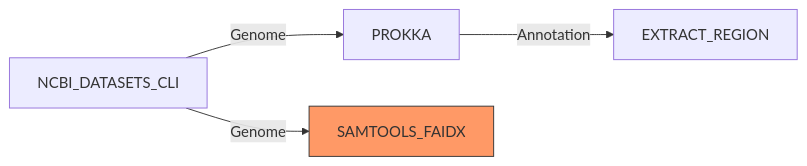
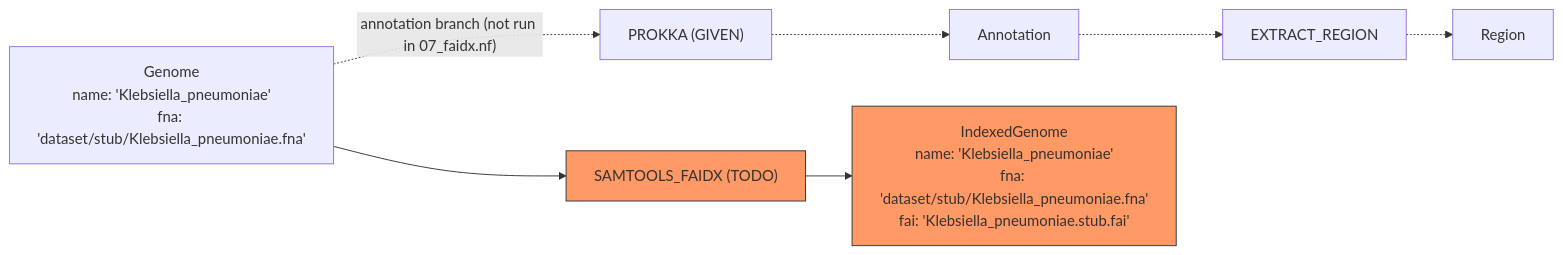
One commit to bu-cds-bf528/lab03-template changed the seventh of 11 diagrams in part2/README.md. Above: the diagram before and after it, drawn with Mermaid. The commit also changed other lines of this file and 9 other files, not shown here.

````diff
--- a/part2/README.md
+++ b/part2/README.md
@@ -285,8 +219,12 @@
 ```mermaid
 flowchart LR
-    NCBI[NCBI_DATASETS_CLI] -->|Genome| PROKKA[PROKKA]
-    PROKKA -->|Annotation| EXTRACT[EXTRACT_REGION]
-    NCBI -->|Genome| FAIDX[SAMTOOLS_FAIDX]
+    GENOME["Genome<br/>name: 'Klebsiella_pneumoniae'<br/>fna: 'dataset/stub/Klebsiella_pneumoniae.fna'"]
+    GENOME -.->|"annotation branch (not run in 07_faidx.nf)"| PROKKA["PROKKA (GIVEN)"]
+    PROKKA -.-> ANNOT[Annotation]
+    ANNOT -.-> EXTRACT[EXTRACT_REGION]
+    EXTRACT -.-> REGION[Region]
+    GENOME --> FAIDX["SAMTOOLS_FAIDX (TODO)"]
+    FAIDX --> IDX["IndexedGenome<br/>name: 'Klebsiella_pneumoniae'<br/>fna: 'dataset/stub/Klebsiella_pneumoniae.fna'<br/>fai: 'Klebsiella_pneumoniae.stub.fai'"]
     classDef new fill:#f96,stroke:#333
-    class FAIDX new
+    class FAIDX,IDX new
 ```
````
